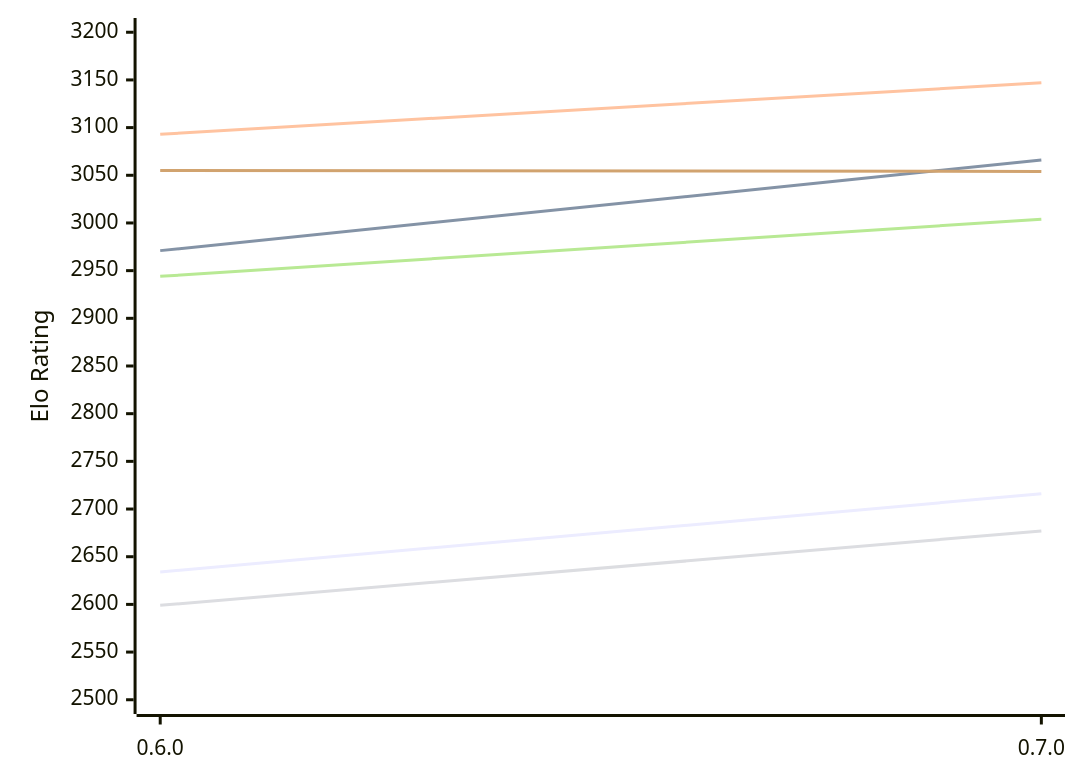
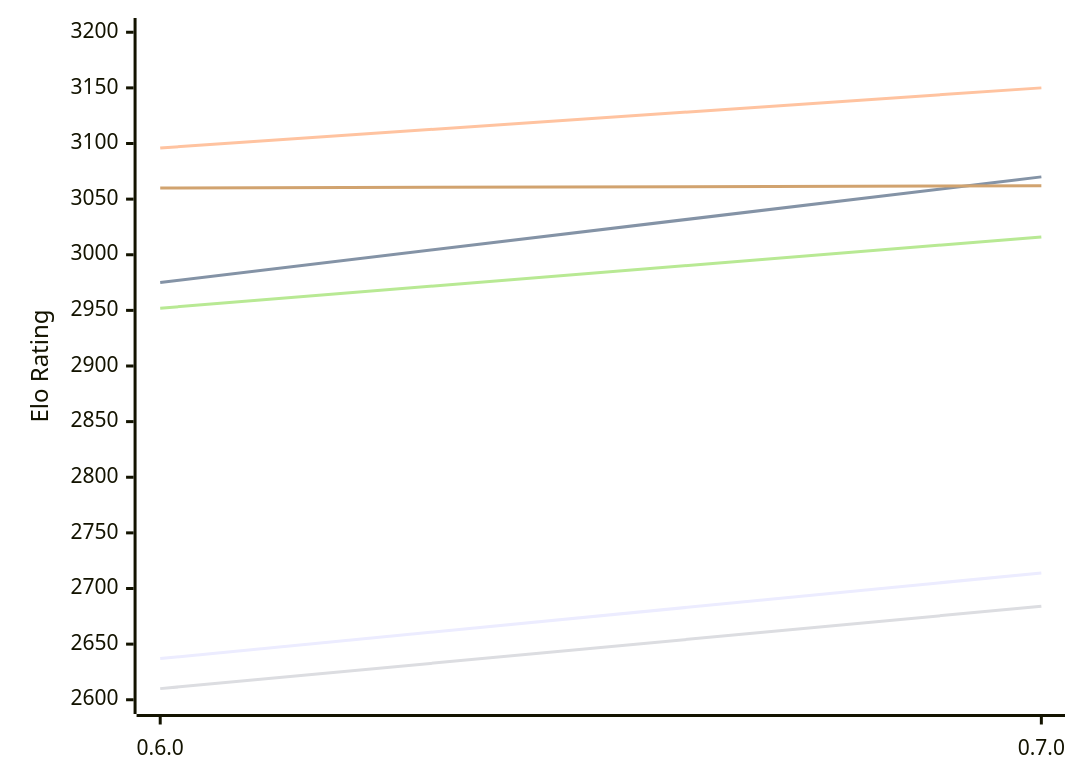
Before and after one commit to computer-chess-index/cci: the first of 2 diagrams in engines/AteNika.md, drawn with Mermaid. The commit also changed other lines of this file, not shown here.

Commit message:
Update CCI Ratings (ELO VLTC) - 2026-11-25

````diff
--- a/engines/AteNika.md
+++ b/engines/AteNika.md
@@ -52,12 +52,12 @@
 ```mermaid
 %%{init: {"theme":"base","themeVariables":{"seriesColors:['#a3a3a3','#222221','#faa371']}}}%%
 xychart-beta
   x-axis ["0.6.0", "0.7.0"]
-  y-axis "Elo Rating" 2500 --> 3200
-  line "E1: STC (8.0+0.08s)" [2634, 2716]
-  line "E1: LTC (60.0+0.60s)" [2971, 3066]
-  line "E1: VLTC (2m24s+1.12s)" [3093, 3147]
-  line "P1: STC (8.0+0.08s)" [2599, 2677]
-  line "P1: LTC (60.0+0.60s)" [2944, 3004]
-  line "P1: VLTC (2m24s+1.12s)" [3055, 3054]
+  y-axis "Elo Rating" 2600 --> 3200
+  line "E1: STC (8.0+0.08s)" [2637, 2714]
+  line "E1: LTC (60.0+0.60s)" [2975, 3070]
+  line "E1: VLTC (2m24s+1.12s)" [3096, 3150]
+  line "P1: STC (8.0+0.08s)" [2610, 2684]
+  line "P1: LTC (60.0+0.60s)" [2952, 3016]
+  line "P1: VLTC (2m24s+1.12s)" [3060, 3062]
 ```
````
